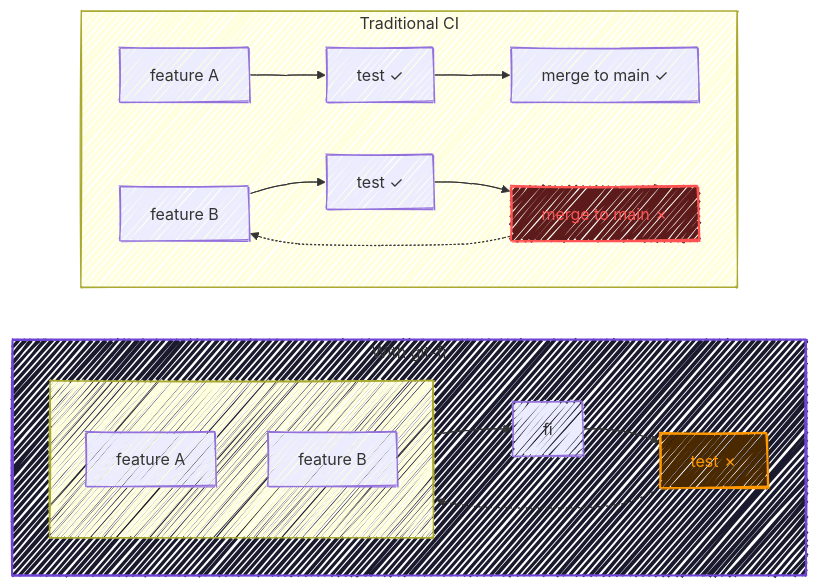
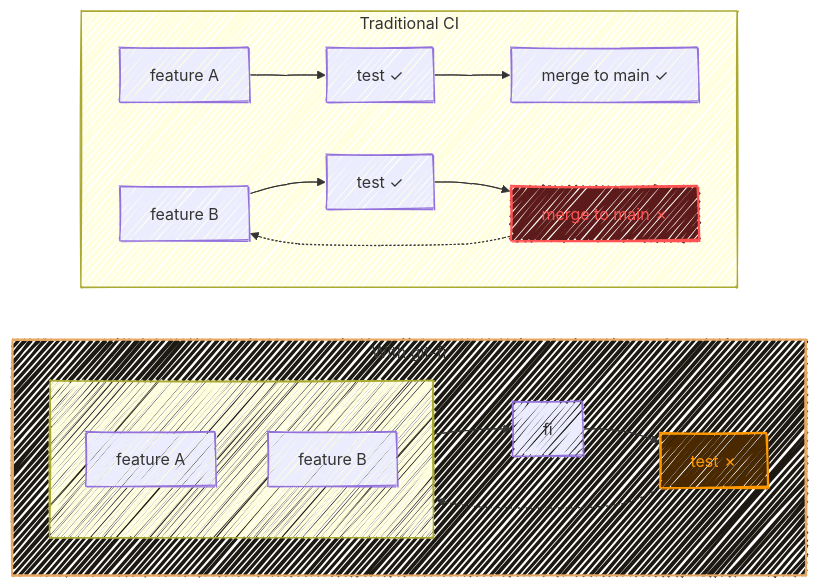
Before and after one commit to gettyimages/git-fi: the third of 6 diagrams in docs/home.md, drawn with Mermaid. The commit also changed other lines of this file and 9 other files, not shown here.

````diff
--- a/docs/home.md
+++ b/docs/home.md
@@ -67,25 +69,25 @@
 ```mermaid
 %%{ init: { 'look': 'handDrawn' } }%%
 flowchart TD
   subgraph traditional["Traditional CI"]
     direction LR
     T1[feature A] --> T2[test ✓] --> T3[merge to main ✓]
     T4[feature B] --> T5[test ✓] --> T6[merge to main ✗]
     T6 -.-> T4
   end
   subgraph gitfi["With git-fi"]
     direction LR
     subgraph features[" "]
       direction TB
       F1[feature A]
       F2[feature B]
     end
     features --> F3[fi]
     F3 --> F4[test ✗]
     F4 -.-> features
   end
   traditional ~~~ gitfi
   style T6 fill:#5c1a1a,stroke:#FF5252,stroke-width:2px,color:#FF5252
   style F4 fill:#4a2800,stroke:#FF9800,stroke-width:2px,color:#FF9800
-  style gitfi fill:#1a1a2e,stroke:#6F43D6,stroke-width:2px
+  style gitfi fill:#1C1812,stroke:#E8A862,stroke-width:2px
 ```
````
